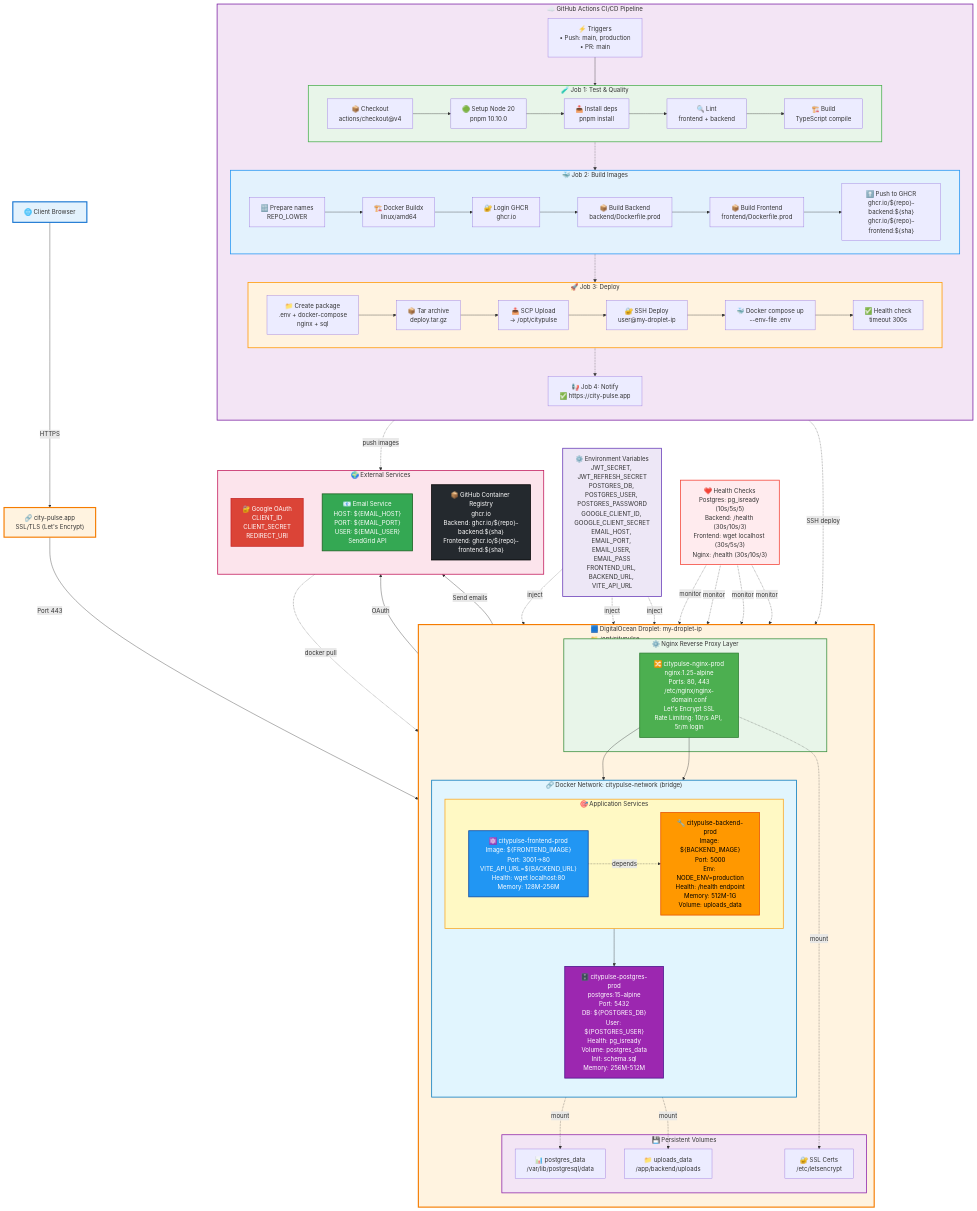
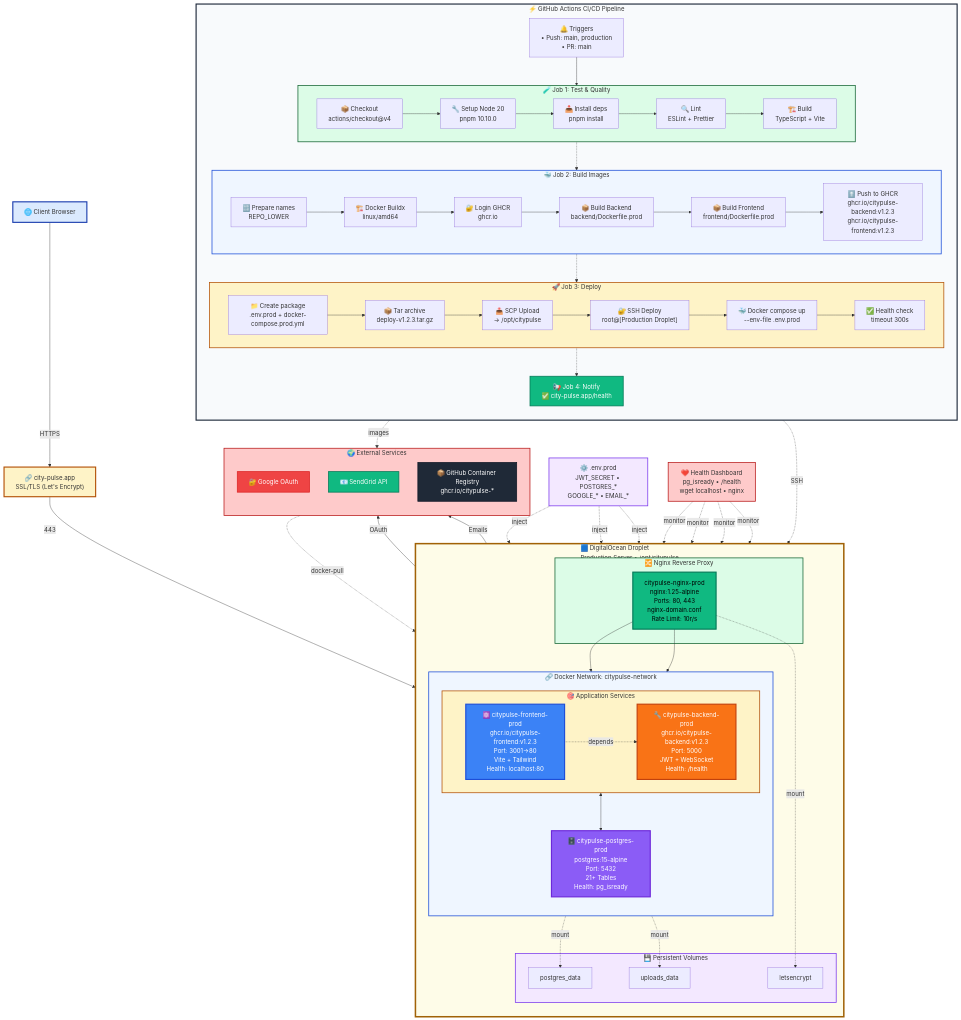
The diagram in README.md (NevilPatel01/CityPulse), drawn with Mermaid before and after one commit. The commit also changed other lines of this file, not shown here.

Commit message:
fix: Update CI/CD pipeline diagram and improve clarity in README.md

````diff
--- a/README.md
+++ b/README.md
@@ -253,18 +253,18 @@
     %% ============================================
     %% CI/CD Pipeline (GitHub Actions)
     %% ============================================
-    subgraph CICD["☁️ GitHub Actions CI/CD Pipeline"]
+    subgraph CICD["⚡ GitHub Actions CI/CD Pipeline"]
         direction TB
         
-        TRIGGER["⚡ Triggers<br/>• Push: main, production<br/>• PR: main"]
+        TRIGGER["🔔 Triggers<br/>• Push: main, production<br/>• PR: main"]
         
         subgraph JOB1["🧪 Job 1: Test & Quality"]
             direction LR
             T1["📦 Checkout<br/>actions/checkout@v4"]
-            T2["🟢 Setup Node 20<br/>pnpm 10.10.0"]
+            T2["🔧 Setup Node 20<br/>pnpm 10.10.0"]
             T3["📥 Install deps<br/>pnpm install"]
-            T4["🔍 Lint<br/>frontend + backend"]
-            T5["🏗️ Build<br/>TypeScript compile"]
+            T4["🔍 Lint<br/>ESLint + Prettier"]
+            T5["🏗️ Build<br/>TypeScript + Vite"]
         end
         
         subgraph JOB2["🐳 Job 2: Build Images"]
@@ -274,20 +274,20 @@
             B3["🔐 Login GHCR<br/>ghcr.io"]
             B4["📦 Build Backend<br/>backend/Dockerfile.prod"]
             B5["📦 Build Frontend<br/>frontend/Dockerfile.prod"]
-            B6["⬆️ Push to GHCR<br/>ghcr.io/${repo}-backend:${sha}<br/>ghcr.io/${repo}-frontend:${sha}"]
+            B6["⬆️ Push to GHCR<br/>ghcr.io/citypulse-backend:v1.2.3<br/>ghcr.io/citypulse-frontend:v1.2.3"]
         end
         
         subgraph JOB3["🚀 Job 3: Deploy"]
             direction LR
-            D1["📁 Create package<br/>.env + docker-compose<br/>nginx + sql"]
-            D2["📦 Tar archive<br/>deploy.tar.gz"]
+            D1["📁 Create package<br/>.env.prod + docker-compose.prod.yml"]
+            D2["📦 Tar archive<br/>deploy-v1.2.3.tar.gz"]
             D3["📤 SCP Upload<br/>→ /opt/citypulse"]
-            D4["🔐 SSH Deploy<br/>user@my-droplet-ip"]
-            D5["🐳 Docker compose up<br/>--env-file .env"]
+            D4["🔐 SSH Deploy<br/>root@[Production Droplet]"]
+            D5["🐳 Docker compose up<br/>--env-file .env.prod"]
             D6["✅ Health check<br/>timeout 300s"]
         end
         
-        JOB4["📢 Job 4: Notify<br/>✅ https://city-pulse.app"]
+        JOB4["📢 Job 4: Notify<br/>✅ city-pulse.app/health"]
         
         TRIGGER --> T1
         T1 --> T2 --> T3 --> T4 --> T5
@@ -301,43 +301,37 @@
     %% ============================================
     %% DigitalOcean Droplet Infrastructure
     %% ============================================
-    subgraph DROPLET["🟦 DigitalOcean Droplet: my-droplet-ip<br/>📁 /opt/citypulse"]
+    subgraph DROPLET["🟦 DigitalOcean Droplet<br/>Production Server • /opt/citypulse"]
         direction TB
         
-        %% Nginx Layer
-        subgraph NGINX_LAYER["⚙️ Nginx Reverse Proxy Layer"]
-            NGINX["🔀 citypulse-nginx-prod<br/>nginx:1.25-alpine<br/>Ports: 80, 443<br/>/etc/nginx/nginx-domain.conf<br/>Let's Encrypt SSL<br/>Rate Limiting: 10r/s API, 5r/m login"]
+        subgraph NGINX_LAYER["🔀 Nginx Reverse Proxy"]
+            NGINX["citypulse-nginx-prod<br/>nginx:1.25-alpine<br/>Ports: 80, 443<br/>nginx-domain.conf<br/>Rate Limit: 10r/s"]
         end
         
-        %% Docker Network
-        subgraph DOCKER_NET["🔗 Docker Network: citypulse-network (bridge)"]
+        subgraph DOCKER_NET["🔗 Docker Network: citypulse-network"]
             direction TB
             
-            %% Application Services
             subgraph APP_SERVICES["🎯 Application Services"]
                 direction LR
                 
-                BACKEND["🔧 citypulse-backend-prod<br/>Image: ${BACKEND_IMAGE}<br/>Port: 5000<br/>Env: NODE_ENV=production<br/>Health: /health endpoint<br/>Memory: 512M-1G<br/>Volume: uploads_data"]
+                BACKEND["🔧 citypulse-backend-prod<br/>ghcr.io/citypulse-backend:v1.2.3<br/>Port: 5000<br/>JWT + WebSocket<br/>Health: /health"]
                 
-                FRONTEND["⚛️ citypulse-frontend-prod<br/>Image: ${FRONTEND_IMAGE}<br/>Port: 3001→80<br/>VITE_API_URL=${BACKEND_URL}<br/>Health: wget localhost:80<br/>Memory: 128M-256M"]
+                FRONTEND["⚛️ citypulse-frontend-prod<br/>ghcr.io/citypulse-frontend:v1.2.3<br/>Port: 3001→80<br/>Vite + Tailwind<br/>Health: localhost:80"]
             end
             
-            %% Database
-            POSTGRES["🗄️ citypulse-postgres-prod<br/>postgres:15-alpine<br/>Port: 5432<br/>DB: ${POSTGRES_DB}<br/>User: ${POSTGRES_USER}<br/>Health: pg_isready<br/>Volume: postgres_data<br/>Init: schema.sql<br/>Memory: 256M-512M"]
+            POSTGRES["🗄️ citypulse-postgres-prod<br/>postgres:15-alpine<br/>Port: 5432<br/>21+ Tables<br/>Health: pg_isready"]
         end
         
-        %% Persistent Storage
         subgraph VOLUMES["💾 Persistent Volumes"]
-            VOL1["📊 postgres_data<br/>/var/lib/postgresql/data"]
-            VOL2["📁 uploads_data<br/>/app/backend/uploads"]
-            VOL3["🔐 SSL Certs<br/>/etc/letsencrypt"]
+            VOL1["postgres_data"]
+            VOL2["uploads_data"]
+            VOL3["letsencrypt"]
         end
         
         NGINX --> BACKEND
         NGINX --> FRONTEND
-        BACKEND --> POSTGRES
+        BACKEND <--> POSTGRES
         FRONTEND -.depends.-> BACKEND
-        
         POSTGRES -.mount.-> VOL1
         BACKEND -.mount.-> VOL2
         NGINX -.mount.-> VOL3
@@ -348,65 +342,64 @@
     %% ============================================
     subgraph EXTERNAL["🌍 External Services"]
         direction TB
-        GOOGLE["🔐 Google OAuth<br/>CLIENT_ID<br/>CLIENT_SECRET<br/>REDIRECT_URI"]
-        EMAIL["📧 Email Service<br/>HOST: ${EMAIL_HOST}<br/>PORT: ${EMAIL_PORT}<br/>USER: ${EMAIL_USER}<br/>SendGrid API"]
-        GHCR["📦 GitHub Container Registry<br/>ghcr.io<br/>Backend: ghcr.io/${repo}-backend:${sha}<br/>Frontend: ghcr.io/${repo}-frontend:${sha}"]
+        GOOGLE["🔐 Google OAuth"]
+        EMAIL["📧 SendGrid API"]
+        GHCR["📦 GitHub Container Registry<br/>ghcr.io/citypulse-*"]
     end
     
     %% ============================================
     %% Main Flow Connections
     %% ============================================
     CLIENT -->|HTTPS| DOMAIN
-    DOMAIN -->|Port 443| NGINX
+    DOMAIN -->|443| NGINX
+    BACKEND -->|OAuth| GOOGLE
+    BACKEND -->|Emails| EMAIL
     
-    BACKEND -->|OAuth| GOOGLE
-    BACKEND -->|Send emails| EMAIL
-    
-    D4 -.SSH deploy.-> DROPLET
-    GHCR -.docker pull.-> DOCKER_NET
-    JOB2 -.push images.-> GHCR
+    D4 -.SSH.-> DROPLET
+    GHCR -.docker-pull.-> DOCKER_NET
+    JOB2 -.images.-> GHCR
     
     %% ============================================
-    %% Environment Variables Flow
+    %% Environment & Health
     %% ============================================
-    ENVVARS["⚙️ Environment Variables<br/>JWT_SECRET, JWT_REFRESH_SECRET<br/>POSTGRES_DB, POSTGRES_USER, POSTGRES_PASSWORD<br/>GOOGLE_CLIENT_ID, GOOGLE_CLIENT_SECRET<br/>EMAIL_HOST, EMAIL_PORT, EMAIL_USER, EMAIL_PASS<br/>FRONTEND_URL, BACKEND_URL, VITE_API_URL"]
+    ENVVARS["⚙️ .env.prod<br/>JWT_SECRET • POSTGRES_*<br/>GOOGLE_* • EMAIL_*"]
+    HC["❤️ Health Dashboard<br/>pg_isready • /health<br/>wget localhost • nginx"]
     
     ENVVARS -.inject.-> BACKEND
     ENVVARS -.inject.-> FRONTEND
     ENVVARS -.inject.-> POSTGRES
-    
-    %% ============================================
-    %% Health Check Flow
-    %% ============================================
-    HC["❤️ Health Checks<br/>Postgres: pg_isready (10s/5s/5)<br/>Backend: /health (30s/10s/3)<br/>Frontend: wget localhost (30s/5s/3)<br/>Nginx: /health (30s/10s/3)"]
-    
     HC -.monitor.-> POSTGRES
     HC -.monitor.-> BACKEND
     HC -.monitor.-> FRONTEND
     HC -.monitor.-> NGINX
     
     %% ============================================
-    %% Styling
+    %% Production-Grade Color Scheme (High Contrast)
     %% ============================================
-    style CLIENT fill:#e3f2fd,stroke:#1976d2,stroke-width:3px
-    style DOMAIN fill:#fff3e0,stroke:#f57c00,stroke-width:3px
-    style CICD fill:#f3e5f5,stroke:#7b1fa2,stroke-width:2px
-    style DROPLET fill:#fff3e0,stroke:#f57c00,stroke-width:3px
-    style NGINX_LAYER fill:#e8f5e9,stroke:#388e3c,stroke-width:2px
-    style DOCKER_NET fill:#e1f5fe,stroke:#0277bd,stroke-width:2px
-    style APP_SERVICES fill:#fff9c4,stroke:#f9a825,stroke-width:2px
-    style VOLUMES fill:#f3e5f5,stroke:#8e24aa,stroke-width:2px
-    style EXTERNAL fill:#fce4ec,stroke:#c2185b,stroke-width:2px
-    style NGINX fill:#4caf50,stroke:#2e7d32,stroke-width:2px,color:#fff
-    style BACKEND fill:#ff9800,stroke:#e65100,stroke-width:2px,color:#000
-    style FRONTEND fill:#2196f3,stroke:#0d47a1,stroke-width:2px,color:#fff
-    style POSTGRES fill:#9c27b0,stroke:#4a148c,stroke-width:2px,color:#fff
-    style GOOGLE fill:#db4437,stroke:#c62828,stroke-width:2px,color:#fff
-    style EMAIL fill:#34a853,stroke:#1b5e20,stroke-width:2px,color:#fff
-    style GHCR fill:#24292e,stroke:#000,stroke-width:2px,color:#fff
-    style JOB1 fill:#e8f5e9,stroke:#4caf50,stroke-width:2px
-    style JOB2 fill:#e3f2fd,stroke:#2196f3,stroke-width:2px
-    style JOB3 fill:#fff3e0,stroke:#ff9800,stroke-width:2px
-    style ENVVARS fill:#ede7f6,stroke:#673ab7,stroke-width:2px
-    style HC fill:#ffebee,stroke:#f44336,stroke-width:2px
+    style CLIENT fill:#dbeafe,stroke:#1e40af,stroke-width:3px
+    style DOMAIN fill:#fef3c7,stroke:#b45309,stroke-width:3px
+    style CICD fill:#f8fafc,stroke:#1e293b,stroke-width:3px
+    style DROPLET fill:#fefce8,stroke:#a16207,stroke-width:4px
+    style NGINX_LAYER fill:#dcfce7,stroke:#166534,stroke-width:2px
+    style DOCKER_NET fill:#eff6ff,stroke:#1d4ed8,stroke-width:2px
+    style APP_SERVICES fill:#fef3c7,stroke:#b45309,stroke-width:2px
+    style VOLUMES fill:#f3e8ff,stroke:#7c3aed,stroke-width:2px
+    style EXTERNAL fill:#fecaca,stroke:#b91c1c,stroke-width:2px
+    
+    style NGINX fill:#10b981,stroke:#047857,stroke-width:3px,color:#000
+    style BACKEND fill:#f97316,stroke:#c2410c,stroke-width:3px,color:#fff
+    style FRONTEND fill:#3b82f6,stroke:#1d4ed8,stroke-width:3px,color:#fff
+    style POSTGRES fill:#8b5cf6,stroke:#6d28d9,stroke-width:3px,color:#fff
+    
+    style GOOGLE fill:#ef4444,stroke:#dc2626,stroke-width:2px,color:#fff
+    style EMAIL fill:#10b981,stroke:#047857,stroke-width:2px,color:#fff
+    style GHCR fill:#1f2937,stroke:#111827,stroke-width:2px,color:#fff
+    
+    style JOB1 fill:#dcfce7,stroke:#166534,stroke-width:2px
+    style JOB2 fill:#eff6ff,stroke:#1d4ed8,stroke-width:2px
+    style JOB3 fill:#fef3c7,stroke:#b45309,stroke-width:2px
+    style JOB4 fill:#10b981,stroke:#047857,stroke-width:2px,color:#fff
+    
+    style ENVVARS fill:#f3e8ff,stroke:#7c3aed,stroke-width:2px
+    style HC fill:#fecaca,stroke:#b91c1c,stroke-width:2px
 ```
````
